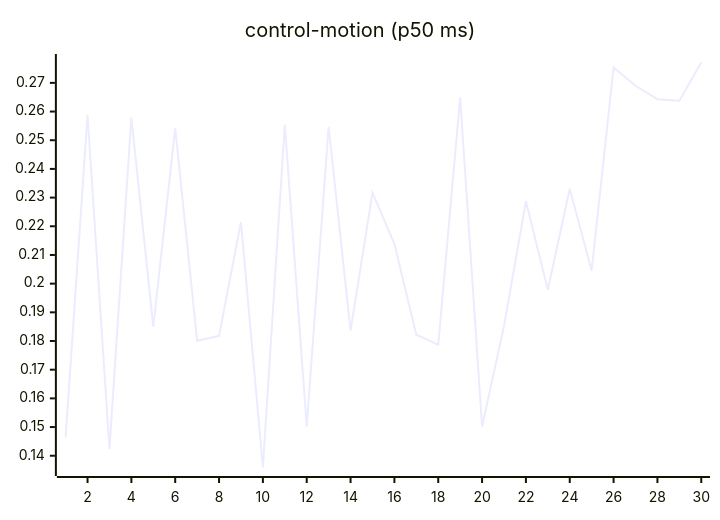
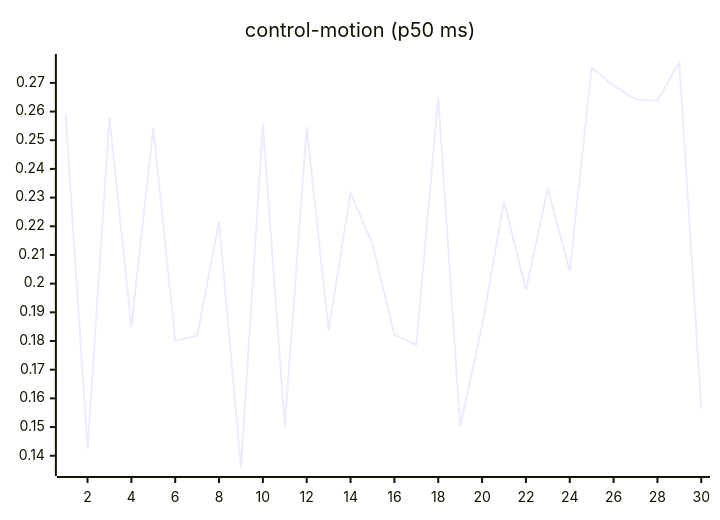
Before and after one commit to josha/Facet: the seventh of 27 diagrams in README.md, drawn with Mermaid. The commit also changed other lines of this file and 2 other files, not shown here.

````diff
--- a/README.md
+++ b/README.md
@@ -105,6 +105,6 @@
 ```mermaid
 xychart-beta
     title "control-motion (p50 ms)"
     x-axis 1 --> 30
-    line [0.1465, 0.2588, 0.1424, 0.2579, 0.1849, 0.2542, 0.1801, 0.1818, 0.2215, 0.1359, 0.2555, 0.1502, 0.2547, 0.1836, 0.2317, 0.2139, 0.1822, 0.1787, 0.2649, 0.1502, 0.1852, 0.2287, 0.1979, 0.2331, 0.2045, 0.2754, 0.2690, 0.2643, 0.2638, 0.2771]
+    line [0.2588, 0.1424, 0.2579, 0.1849, 0.2542, 0.1801, 0.1818, 0.2215, 0.1359, 0.2555, 0.1502, 0.2547, 0.1836, 0.2317, 0.2139, 0.1822, 0.1787, 0.2649, 0.1502, 0.1852, 0.2287, 0.1979, 0.2331, 0.2045, 0.2754, 0.2690, 0.2643, 0.2638, 0.2771, 0.1563]
 ```
````
